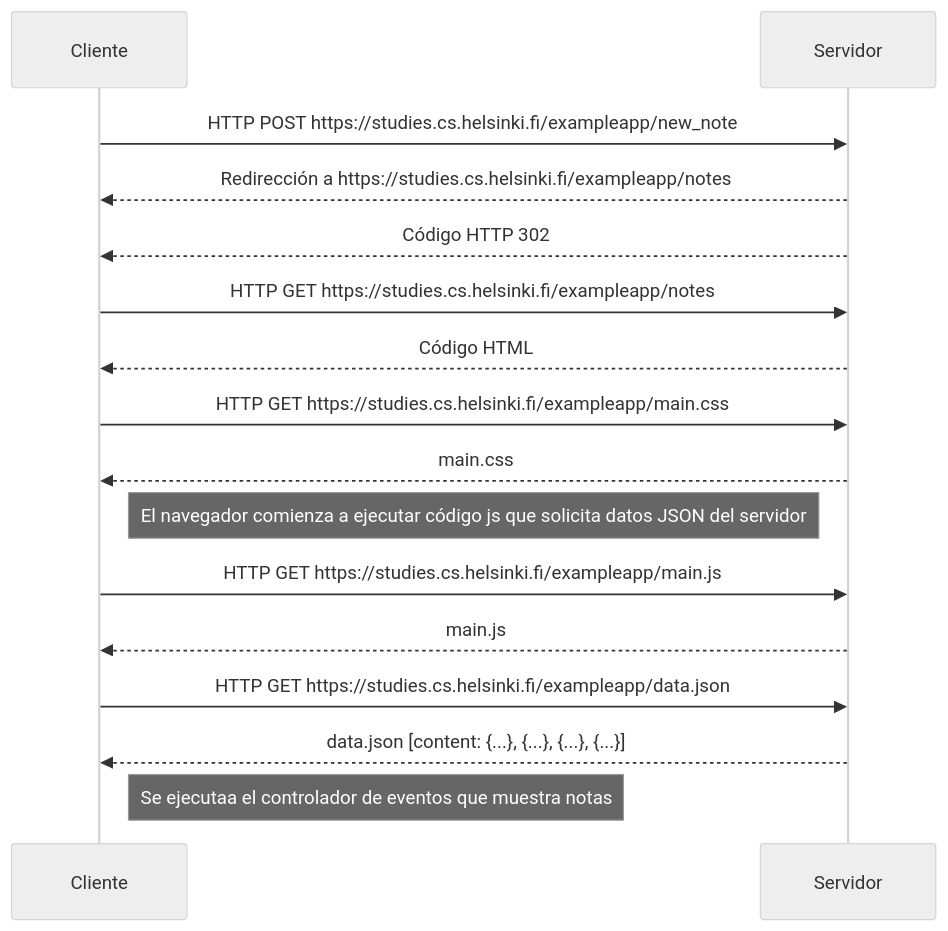
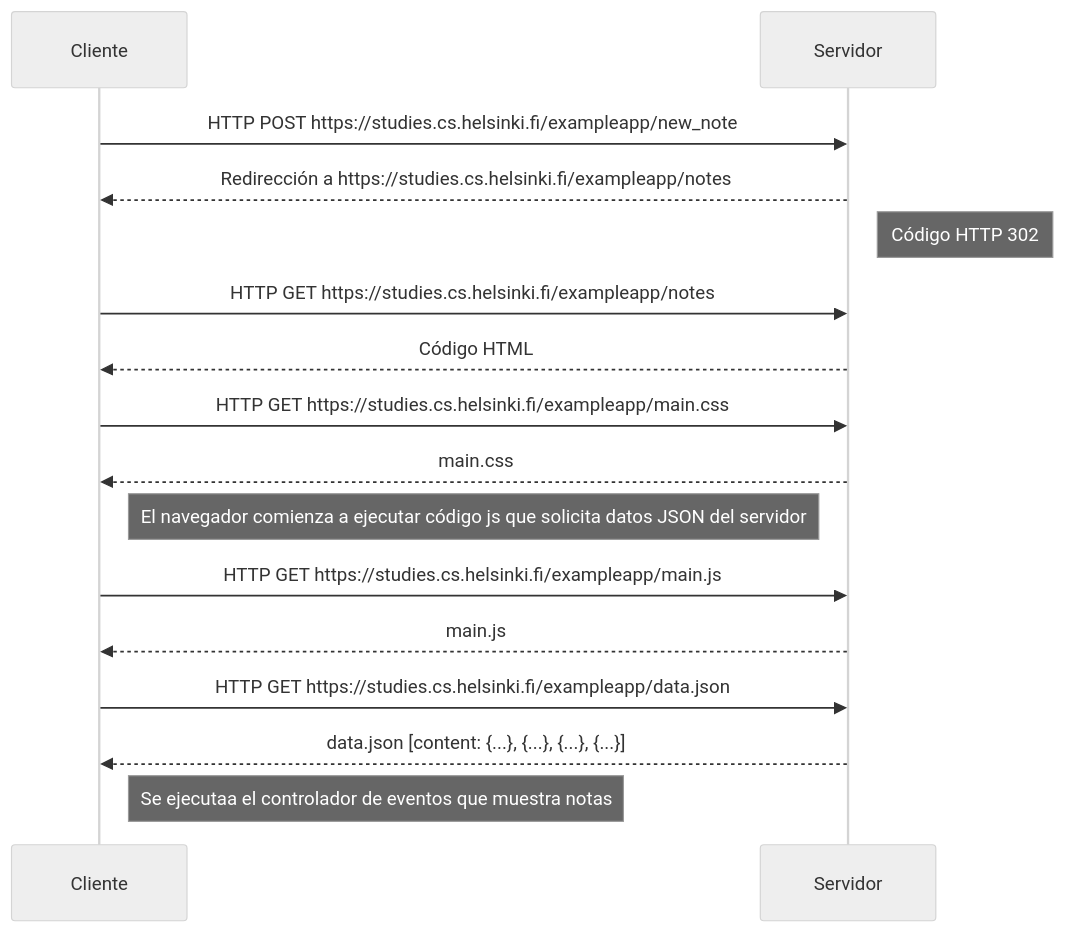
One commit to SebastianPera/Fullstackopen changed the diagram in diagrama_secuencia.mmd. Above: the diagram before and after it, drawn with Mermaid (neutral theme).

```diff
--- a/diagrama_secuencia.mmd
+++ b/diagrama_secuencia.mmd
@@ -1,24 +1,24 @@
 
 sequenceDiagram
     participant Cliente
     participant Servidor
 
     Cliente->>Servidor: HTTP POST https://studies.cs.helsinki.fi/exampleapp/new_note
     Servidor-->>Cliente: Redirección a https://studies.cs.helsinki.fi/exampleapp/notes
-    Servidor-->>Cliente: Código HTTP 302
+    Note right of Servidor: Código HTTP 302
 
     Cliente->>Servidor: HTTP GET https://studies.cs.helsinki.fi/exampleapp/notes
     Servidor-->>Cliente: Código HTML
 
     Cliente->>Servidor: HTTP GET https://studies.cs.helsinki.fi/exampleapp/main.css
     Servidor-->>Cliente: main.css
 
     Note right of Cliente: El navegador comienza a ejecutar código js que solicita datos JSON del servidor
 
     Cliente->>Servidor: HTTP GET https://studies.cs.helsinki.fi/exampleapp/main.js
     Servidor-->>Cliente: main.js
 
     Cliente->>Servidor: HTTP GET https://studies.cs.helsinki.fi/exampleapp/data.json
     Servidor-->>Cliente: data.json [content: {...}, {...}, {...}, {...}]
 
     Note right of Cliente: Se ejecutaa el controlador de eventos que muestra notas
```
